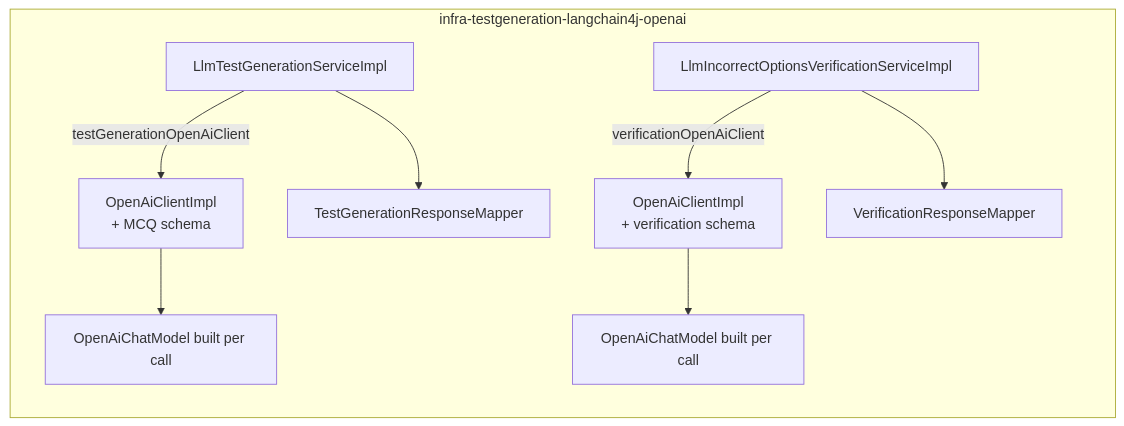
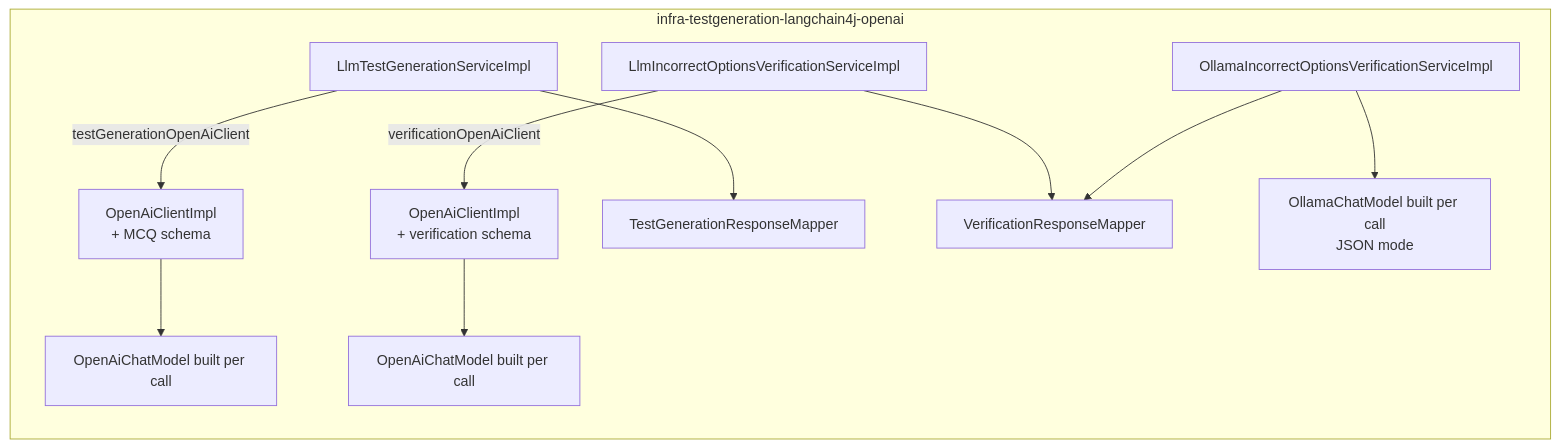
Before and after one commit to irina981/know-gauge: the second of 2 diagrams in docs/architecture/06-test-generation.md, drawn with Mermaid. The commit also changed other lines of this file and 12 other files, not shown here.

First line of the commit message:
feat(testgen): Verify distractors on a local Ollama model

````diff
--- a/docs/architecture/06-test-generation.md
+++ b/docs/architecture/06-test-generation.md
@@ -131,11 +131,13 @@
 ```mermaid
 flowchart LR
     subgraph infra-testgeneration-langchain4j-openai
       A[LlmTestGenerationServiceImpl] -->|testGenerationOpenAiClient| C1[OpenAiClientImpl<br/>+ MCQ schema]
       B[LlmIncorrectOptionsVerificationServiceImpl] -->|verificationOpenAiClient| C2[OpenAiClientImpl<br/>+ verification schema]
       C1 --> M1[OpenAiChatModel built per call]
       C2 --> M2[OpenAiChatModel built per call]
       A --> RM1[TestGenerationResponseMapper]
       B --> RM2[VerificationResponseMapper]
+      O[OllamaIncorrectOptionsVerificationServiceImpl] --> M3[OllamaChatModel built per call<br/>JSON mode]
+      O --> RM2
     end
 ```
````
